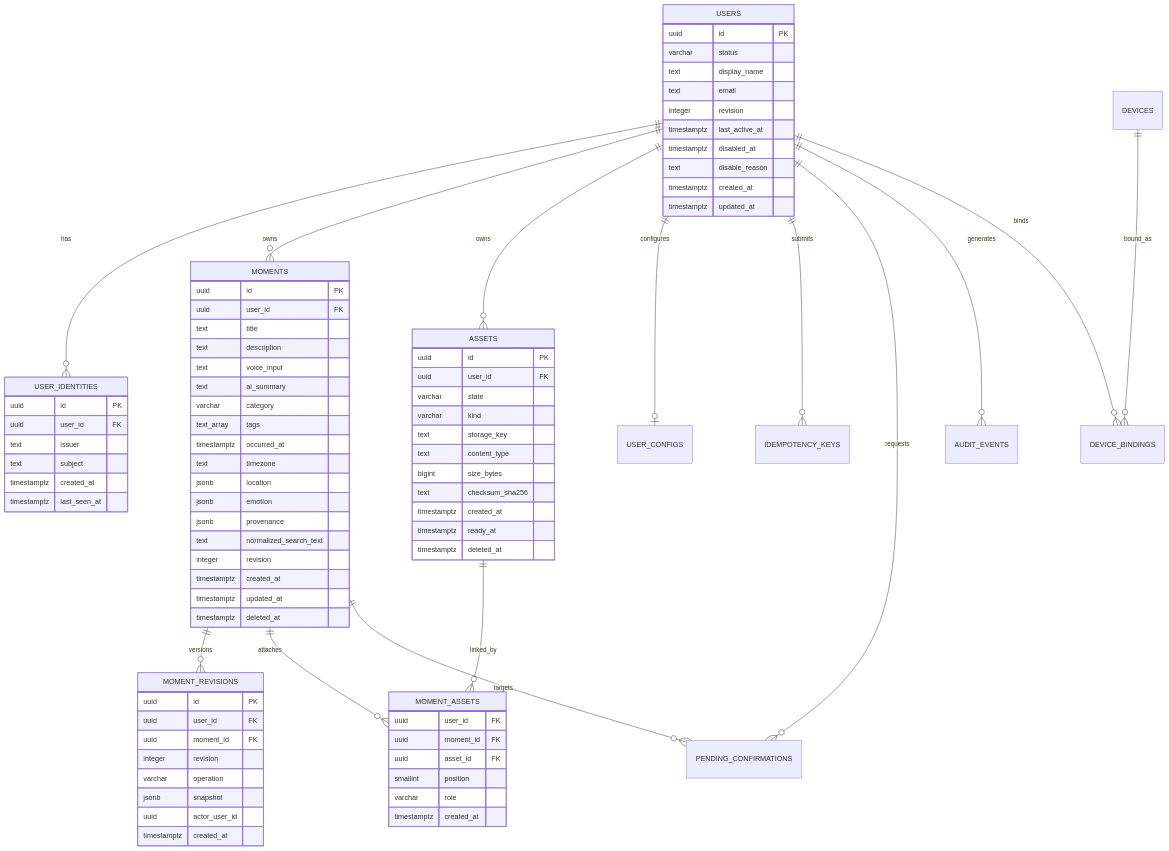
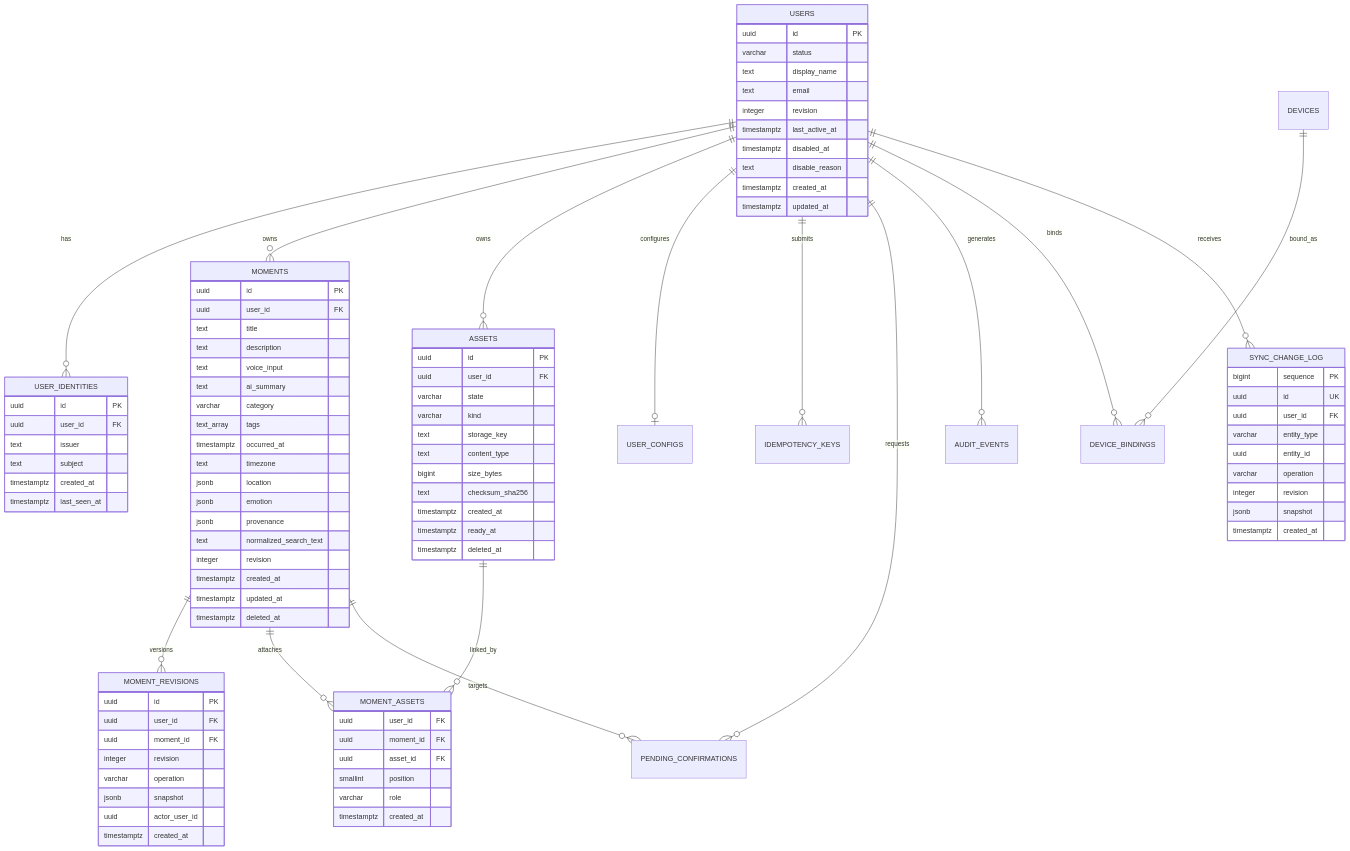
Before and after one commit to Sir-YuanShuai/MomentOneServer: the diagram in docs/data/STORAGE_DATA_MODEL.md, drawn with Mermaid. The commit also changed other lines of this file and 11 other files, not shown here.

```diff
--- a/docs/data/STORAGE_DATA_MODEL.md
+++ b/docs/data/STORAGE_DATA_MODEL.md
@@ -90,6 +93,7 @@
     DEVICES ||--o{ DEVICE_BINDINGS : bound_as
 
     MOMENTS ||--o{ MOMENT_REVISIONS : versions
+    USERS ||--o{ SYNC_CHANGE_LOG : receives
     MOMENTS ||--o{ MOMENT_ASSETS : attaches
     ASSETS ||--o{ MOMENT_ASSETS : linked_by
     MOMENTS ||--o{ PENDING_CONFIRMATIONS : targets
@@ -148,6 +152,18 @@
       timestamptz created_at
     }
 
+    SYNC_CHANGE_LOG {
+      bigint sequence PK
+      uuid id UK
+      uuid user_id FK
+      varchar entity_type
+      uuid entity_id
+      varchar operation
+      integer revision
+      jsonb snapshot
+      timestamptz created_at
+    }
+
     ASSETS {
       uuid id PK
       uuid user_id FK
```
